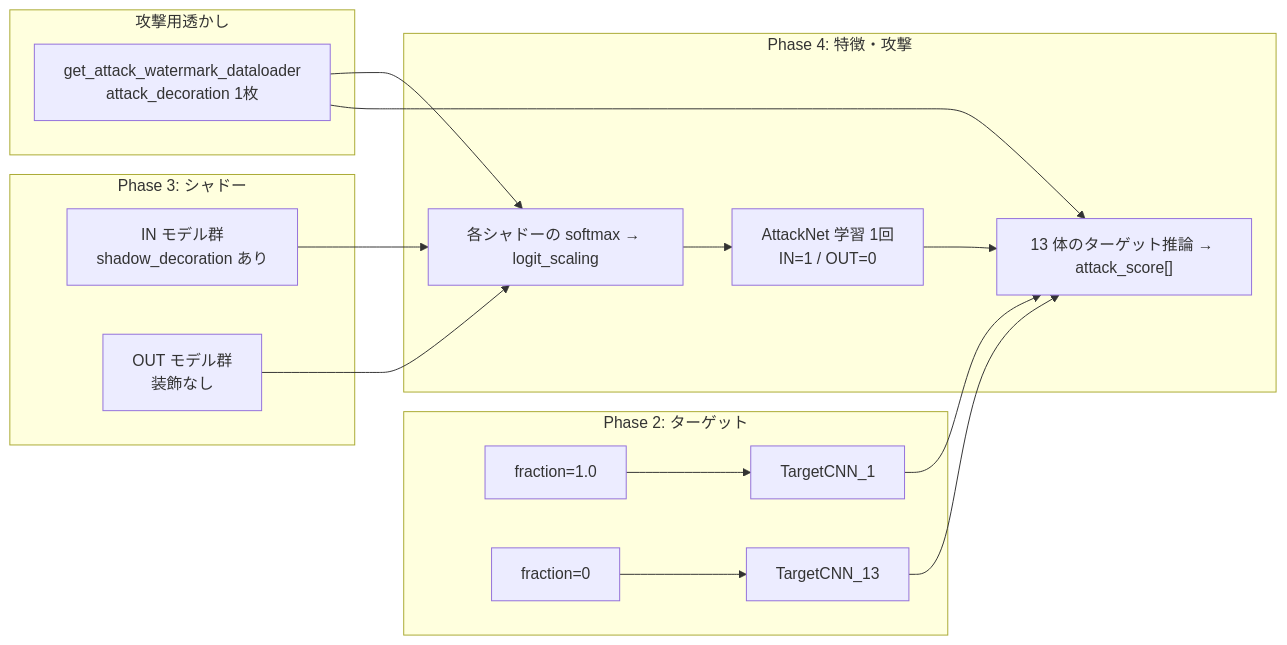
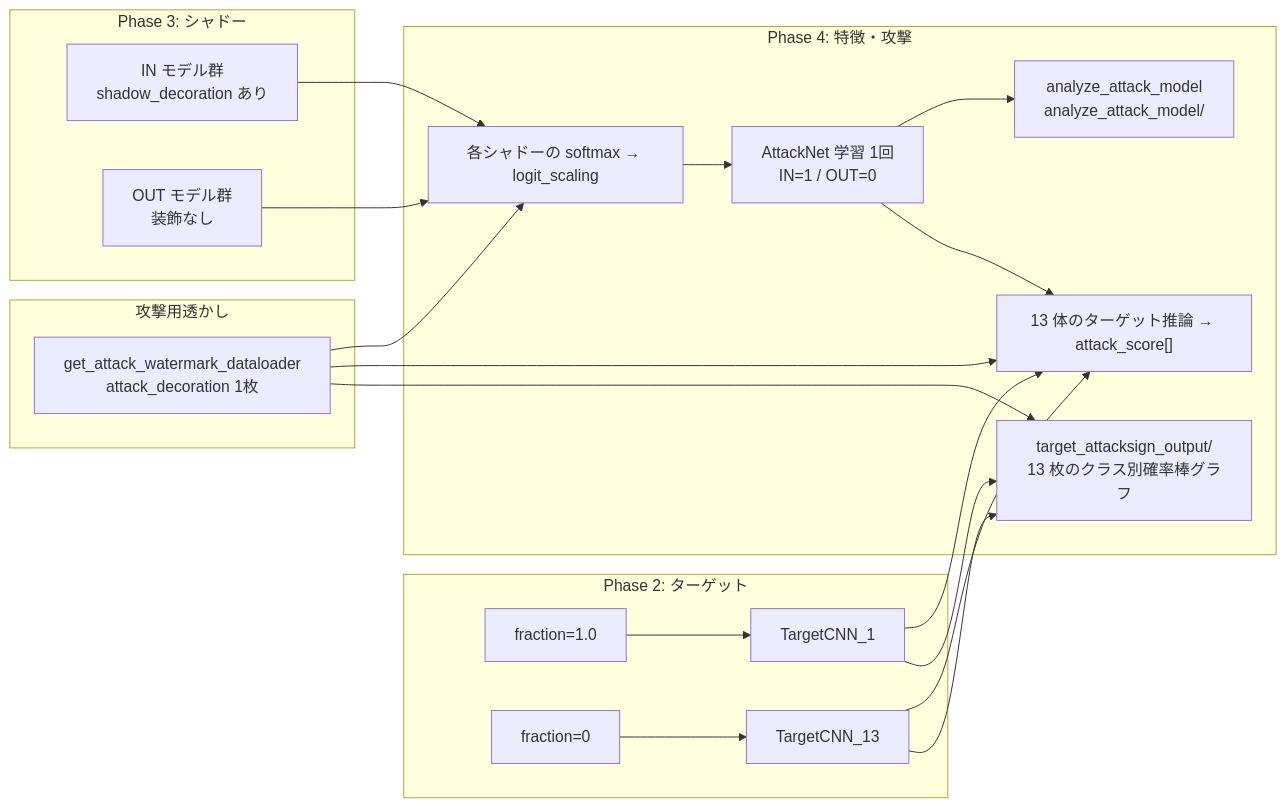
One commit to GoldenPoisonedApple/MIAOS changed diagram 12 of 14 in worker/docs/SPECIFICATION.md. Above: the diagram before and after it, drawn with Mermaid. The commit also changed other lines of this file and 4 other files, not shown here.

````diff
--- a/worker/docs/SPECIFICATION.md
+++ b/worker/docs/SPECIFICATION.md
@@ -484,28 +485,34 @@
 ```mermaid
 flowchart LR
     subgraph phase2 [Phase 2: ターゲット]
         F1["fraction=1.0"] --> M1[TargetCNN_1]
         FN["fraction=0"] --> M13[TargetCNN_13]
     end
     subgraph shadow ["Phase 3: シャドー"]
         IN["IN モデル群<br/>shadow_decoration あり"]
         OUT["OUT モデル群<br/>装飾なし"]
     end
     subgraph attack_wm ["攻撃用透かし"]
         WM["get_attack_watermark_dataloader<br/>attack_decoration 1枚"]
     end
     subgraph feat ["Phase 4: 特徴・攻撃"]
         PRED["各シャドーの softmax → logit_scaling"]
         ATK["AttackNet 学習 1回<br/>IN=1 / OUT=0"]
+        ANA["analyze_attack_model<br/>analyze_attack_model/"]
         TGT["13 体のターゲット推論 → attack_score[]"]
+        VIS["target_attacksign_output/<br/>13 枚のクラス別確率棒グラフ"]
     end
 
     IN --> PRED
     OUT --> PRED
     WM --> PRED
     PRED --> ATK
+    ATK --> ANA
     M1 --> TGT
     M13 --> TGT
     WM --> TGT
     ATK --> TGT
+    M1 --> VIS
+    M13 --> VIS
+    WM --> VIS
 ```
````
